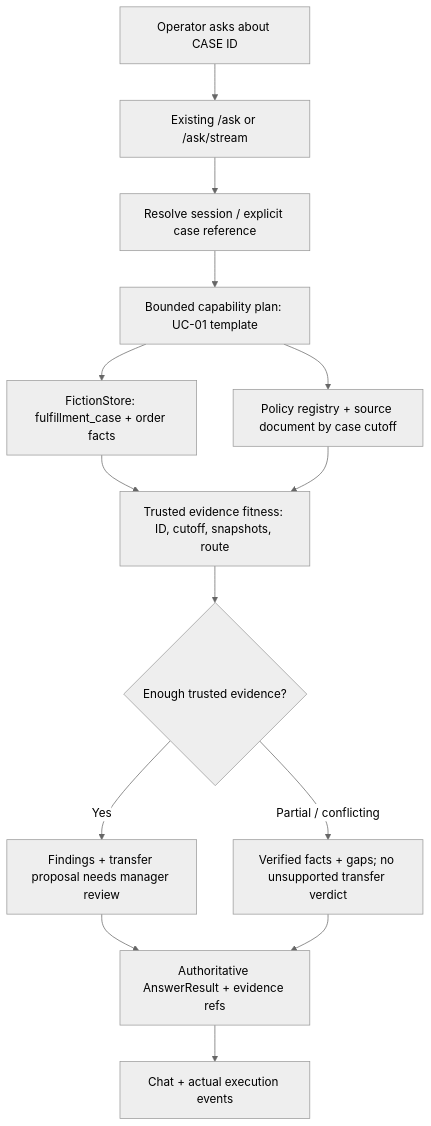
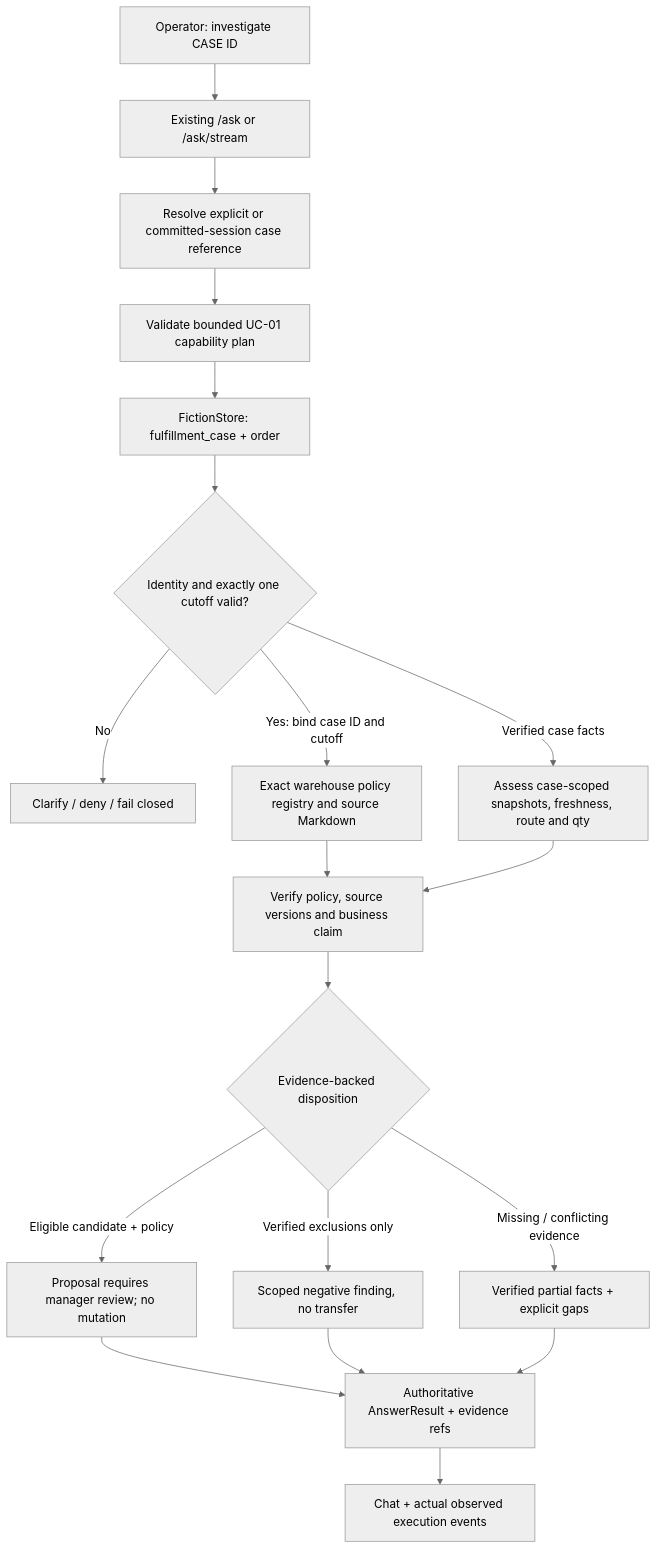
Before and after one commit to hungtvb/retailIQ: the diagram in docs/implementation/UC-01-backorder.md, drawn with Mermaid (neutral theme). The commit also changed other lines of this file, not shown here.

Commit message:
docs(UC-01): resolve B1-B4 case cutoff, policy provenance, disposition and golden scenarios

```diff
--- a/docs/implementation/UC-01-backorder.md
+++ b/docs/implementation/UC-01-backorder.md
@@ -17,16 +17,21 @@
 ~~~mermaid
 flowchart TD
-    U[Operator asks about CASE ID] --> API[Existing /ask or /ask/stream]
-    API --> CX[Resolve session / explicit case reference]
-    CX --> PLAN[Bounded capability plan: UC-01 template]
-    PLAN --> CASE[FictionStore: fulfillment_case + order facts]
-    CASE --> FIT[Trusted evidence fitness: ID, cutoff, snapshots, route]
-    PLAN --> POLICY[Policy registry + source document by case cutoff]
-    POLICY --> FIT
-    FIT --> VERDICT{Enough trusted evidence?}
-    VERDICT -->|Yes| REVIEW[Findings + transfer proposal needs manager review]
-    VERDICT -->|Partial / conflicting| PARTIAL[Verified facts + gaps; no unsupported transfer verdict]
+    U[Operator: investigate CASE ID] --> API[Existing /ask or /ask/stream]
+    API --> CX[Resolve explicit or committed-session case reference]
+    CX --> PLAN[Validate bounded UC-01 capability plan]
+    PLAN --> CASE[FictionStore: fulfillment_case + order]
+    CASE --> IDENT{Identity and exactly one cutoff valid?}
+    IDENT -->|No| STOP[Clarify / deny / fail closed]
+    IDENT -->|Yes: bind case ID and cutoff| POLICY[Exact warehouse policy registry and source Markdown]
+    IDENT -->|Verified case facts| FACT[Assess case-scoped snapshots, freshness, route and qty]
+    POLICY --> JOINT[Verify policy, source versions and business claim]
+    FACT --> JOINT
+    JOINT --> OUT{Evidence-backed disposition}
+    OUT -->|Eligible candidate + policy| REVIEW[Proposal requires manager review; no mutation]
+    OUT -->|Verified exclusions only| NEG[Scoped negative finding, no transfer]
+    OUT -->|Missing / conflicting evidence| PARTIAL[Verified partial facts + explicit gaps]
     REVIEW --> ANSWER[Authoritative AnswerResult + evidence refs]
+    NEG --> ANSWER
     PARTIAL --> ANSWER
-    ANSWER --> UI[Chat + actual execution events]
+    ANSWER --> UI[Chat + actual observed execution events]
 ~~~
```
